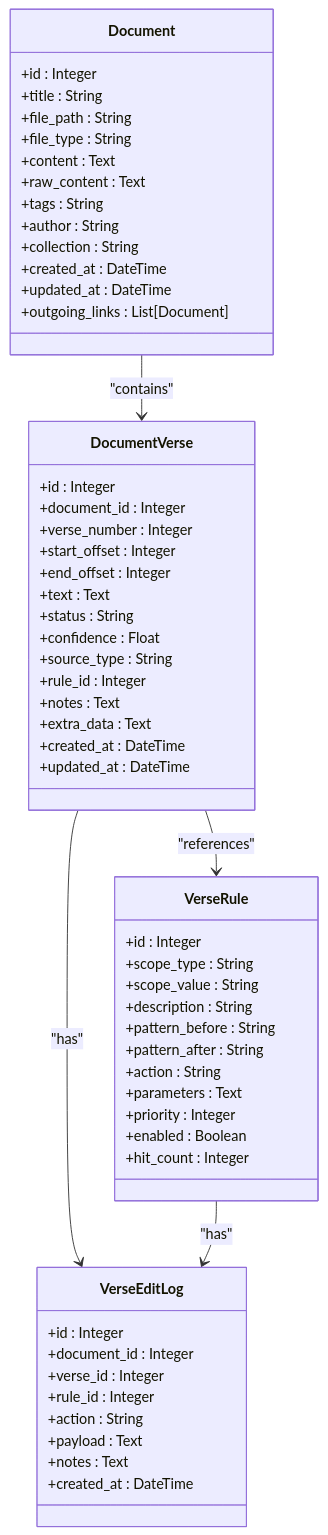
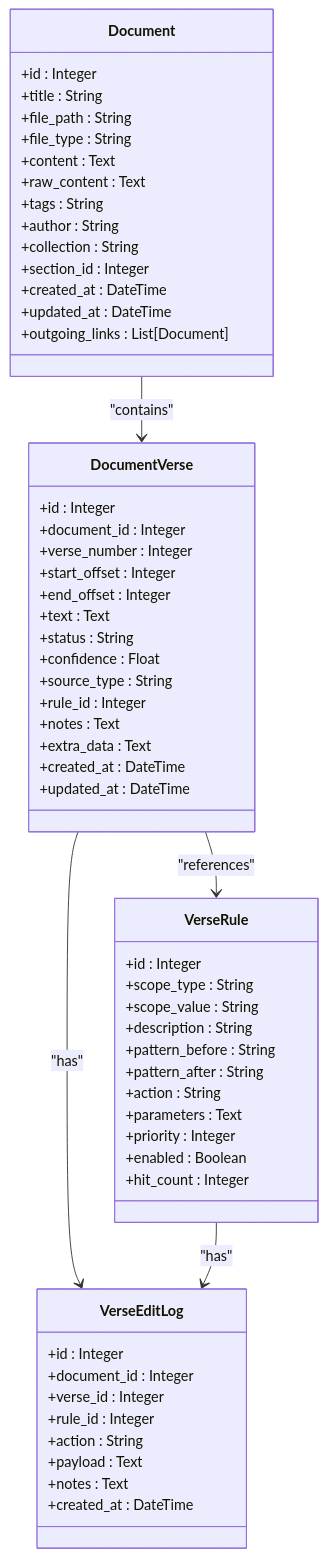
The fourth of 14 diagrams in .qoder/repowiki/en/content/Architecture Overview/Pillar-Based Architecture/Document Manager Pillar/Document Manager Pillar.md (TheDaniel166/IsopGem), drawn with Mermaid before and after one commit. The commit also changed other lines of this file and 29 other files, not shown here.

````diff
--- a/.qoder/repowiki/en/content/Architecture Overview/Pillar-Based Architecture/Document Manager Pillar/Document Manager Pillar.md
+++ b/.qoder/repowiki/en/content/Architecture Overview/Pillar-Based Architecture/Document Manager Pillar/Document Manager Pillar.md
@@ -190,60 +202,61 @@
 ```mermaid
 classDiagram
 class Document {
 +id : Integer
 +title : String
 +file_path : String
 +file_type : String
 +content : Text
 +raw_content : Text
 +tags : String
 +author : String
 +collection : String
++section_id : Integer
 +created_at : DateTime
 +updated_at : DateTime
 +outgoing_links : List[Document]
 }
 class DocumentVerse {
 +id : Integer
 +document_id : Integer
 +verse_number : Integer
 +start_offset : Integer
 +end_offset : Integer
 +text : Text
 +status : String
 +confidence : Float
 +source_type : String
 +rule_id : Integer
 +notes : Text
 +extra_data : Text
 +created_at : DateTime
 +updated_at : DateTime
 }
 class VerseRule {
 +id : Integer
 +scope_type : String
 +scope_value : String
 +description : String
 +pattern_before : String
 +pattern_after : String
 +action : String
 +parameters : Text
 +priority : Integer
 +enabled : Boolean
 +hit_count : Integer
 }
 class VerseEditLog {
 +id : Integer
 +document_id : Integer
 +verse_id : Integer
 +rule_id : Integer
 +action : String
 +payload : Text
 +notes : Text
 +created_at : DateTime
 }
 Document --> DocumentVerse : "contains"
 DocumentVerse --> VerseRule : "references"
 DocumentVerse --> VerseEditLog : "has"
 VerseRule --> VerseEditLog : "has"
 ```
````
